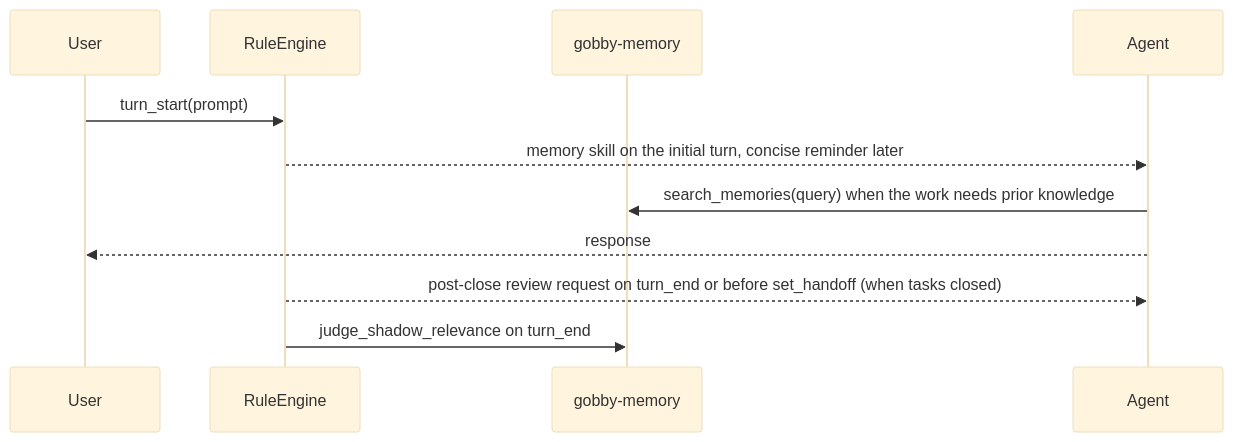
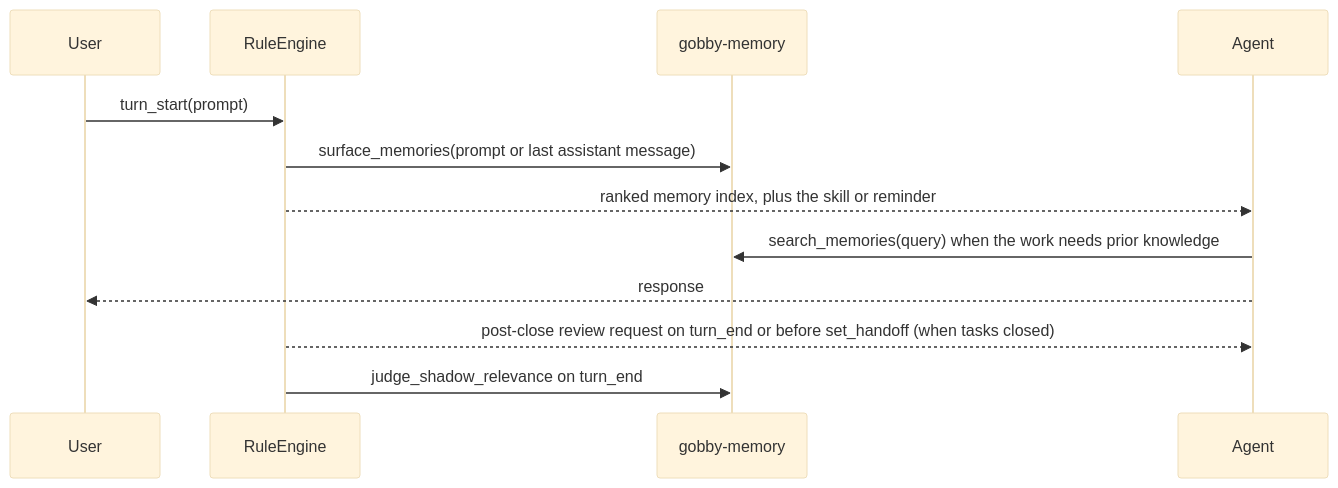
One commit to GobbyAI/gobby changed the second of 2 diagrams in docs/guides/memory.md. Above: the diagram before and after it, drawn with Mermaid (base theme). The commit also changed other lines of this file and 8 other files, not shown here.

First line of the commit message:
[gobby-#22494] feat: surface memories at turn start from the prompt or last message

````diff
--- a/docs/guides/memory.md
+++ b/docs/guides/memory.md
@@ -555,14 +556,15 @@
 ```mermaid
 sequenceDiagram
     participant User
     participant RuleEngine
     participant Memory as gobby-memory
     participant Agent
 
     User->>RuleEngine: turn_start(prompt)
-    RuleEngine-->>Agent: memory skill on the initial turn, concise reminder later
+    RuleEngine->>Memory: surface_memories(prompt or last assistant message)
+    RuleEngine-->>Agent: ranked memory index, plus the skill or reminder
     Agent->>Memory: search_memories(query) when the work needs prior knowledge
     Agent-->>User: response
     RuleEngine-->>Agent: post-close review request on turn_end or before set_handoff (when tasks closed)
     RuleEngine->>Memory: judge_shadow_relevance on turn_end
 ```
````
